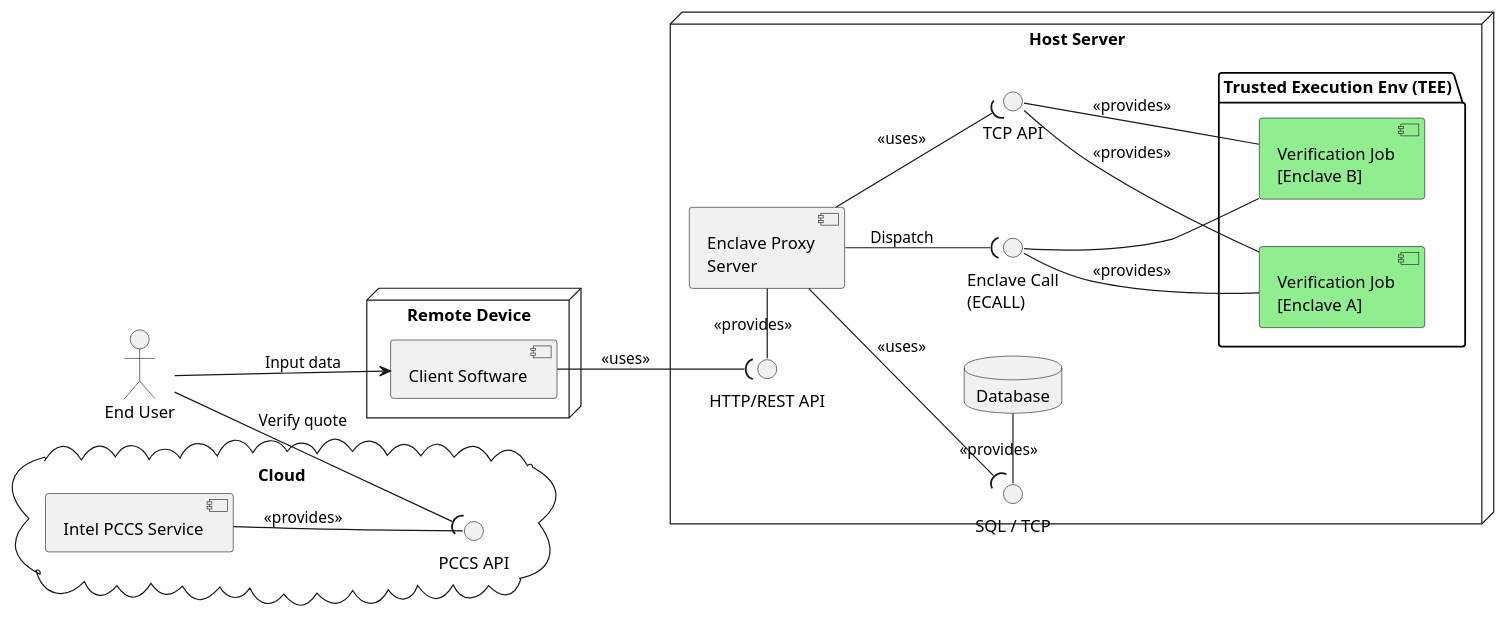
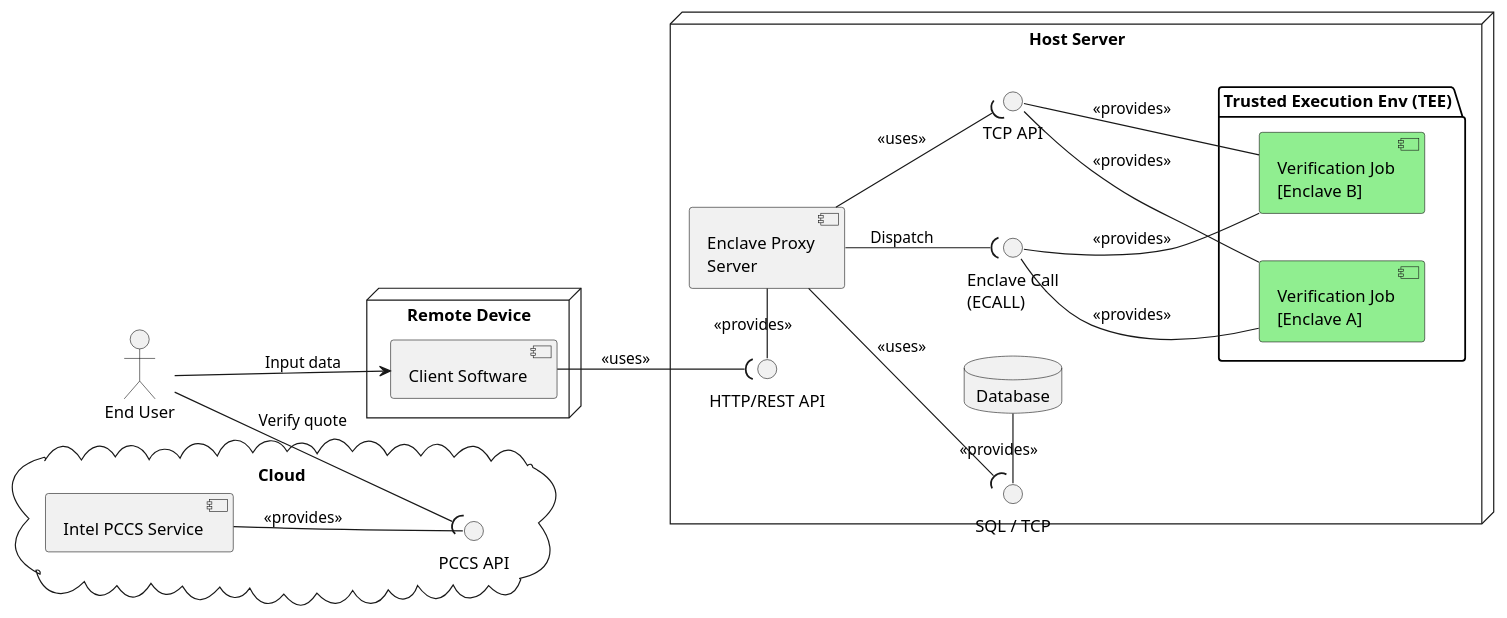
One commit to Breinich/CMCaaS changed the diagram in doc/architecture.puml. Above: the diagram before and after it, drawn with PlantUML.

```diff
--- a/doc/architecture.puml
+++ b/doc/architecture.puml
@@ -1,56 +1,56 @@
 @startuml
 left to right direction
 skinparam nodesep 40
 skinparam ranksep 40
 
 cloud "Cloud" as cloud{
     component "Intel PCCS Service" as pccs_service
     interface "PCCS API" as pccs_api
 }
 
 actor "End User" as user
 
 node "Remote Device" {
     component "Client Software" as client_app
 }
 
 node "Host Server" {
 
     component "Enclave Proxy\nServer" as proxy
 
     database "Database" as db
 
     package "Trusted Execution Env (TEE)" {
         component "Verification Job\n[Enclave A]" as enclave1 #LightGreen
         component "Verification Job\n[Enclave B]" as enclave2 #LightGreen
     }
 
     ' -- Interfaces Definitions --
 
     interface "HTTP/REST API" as http_int
     interface "SQL / TCP" as db_int
     interface "Enclave Call\n(ECALL)" as enclave_int
     interface "TCP API" as tcp_api
 }
 
 ' --- Relationships ---
 
 user --> client_app : Input data
 user --( pccs_api : Verify quote
 pccs_service -- pccs_api : <<provides>>
 
 http_int - proxy : <<provides>>
 client_app --( http_int : <<uses>>
 
 db_int - db : <<provides>>
 proxy --( db_int : <<uses>>
 
 enclave_int -- enclave1 : <<provides>>
 tcp_api -- enclave1 : <<provides>>
-enclave_int -- enclave2
+enclave_int -- enclave2 : <<provides>>
 tcp_api -- enclave2 : <<provides>>
 
 proxy --( enclave_int : Dispatch
 proxy --( tcp_api : <<uses>>
 
 @enduml
```
